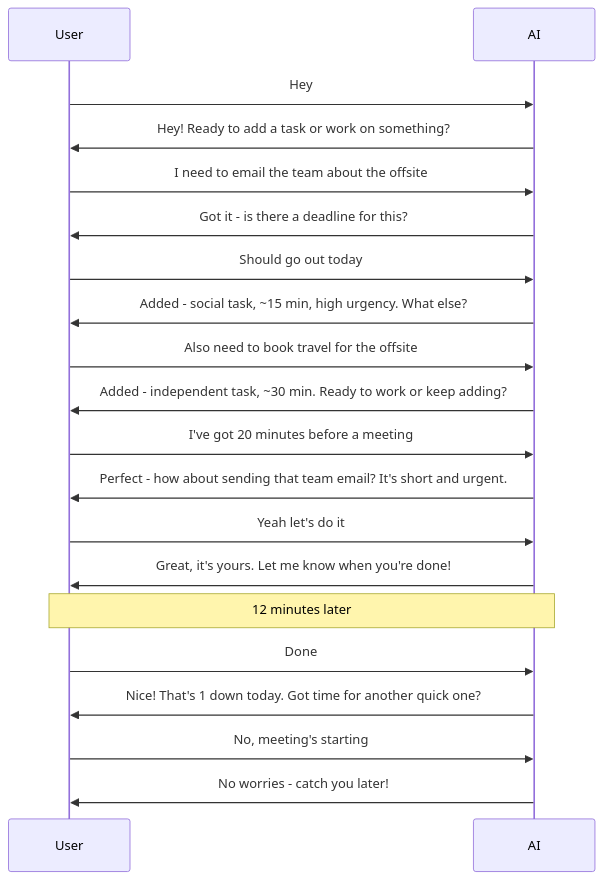
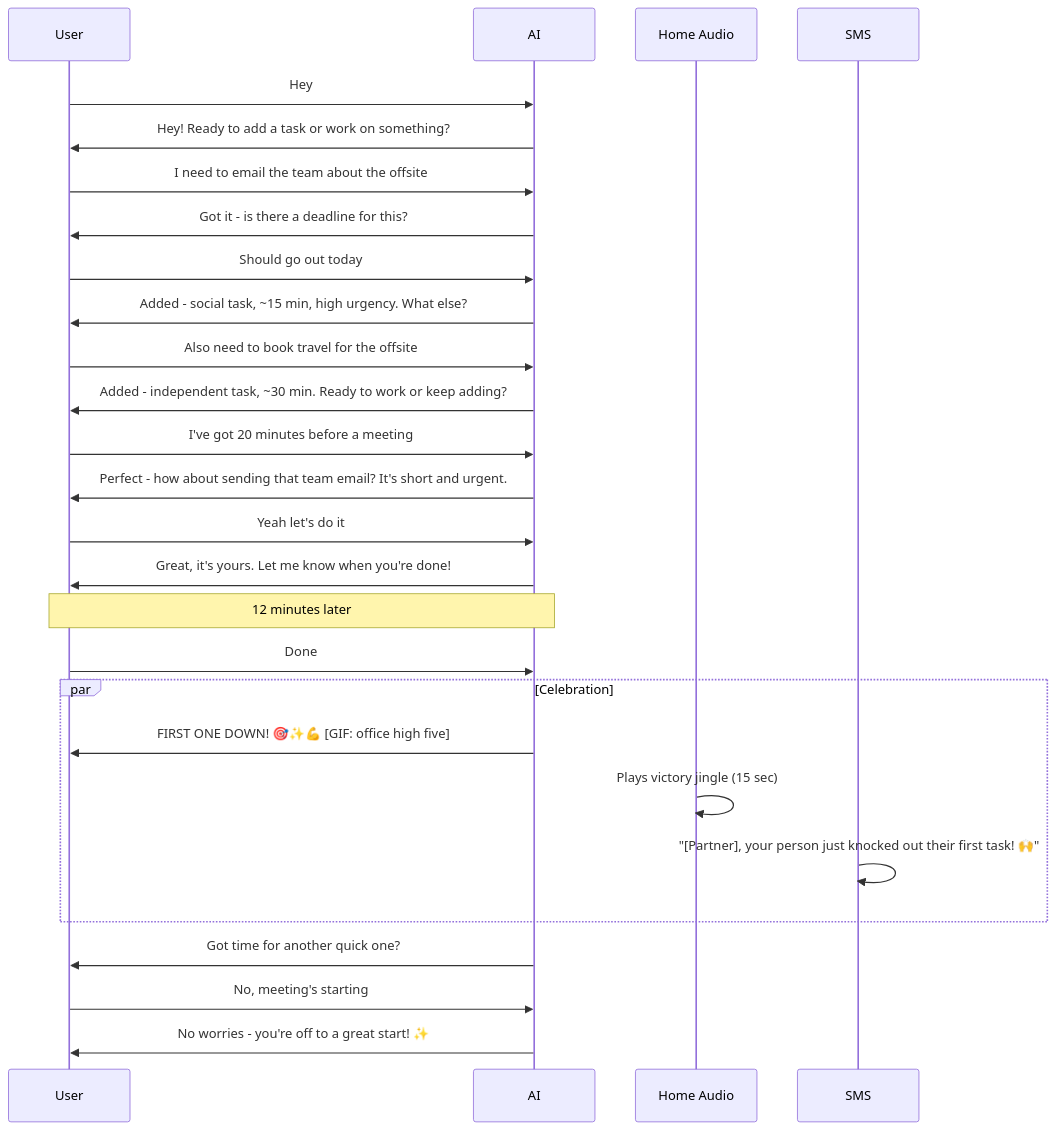
Diagram 21 of 21 in docs/user-interactions.md (NickBorgers/hide-my-list), drawn with Mermaid before and after one commit. The commit also changed other lines of this file and 3 other files, not shown here.

````diff
--- a/docs/user-interactions.md
+++ b/docs/user-interactions.md
@@ -478,28 +552,37 @@
 ```mermaid
 sequenceDiagram
     participant U as User
     participant AI as AI
+    participant HA as Home Audio
+    participant SMS as SMS
 
     U->>AI: Hey
     AI->>U: Hey! Ready to add a task or work on something?
 
     U->>AI: I need to email the team about the offsite
     AI->>U: Got it - is there a deadline for this?
     U->>AI: Should go out today
     AI->>U: Added - social task, ~15 min, high urgency. What else?
 
     U->>AI: Also need to book travel for the offsite
     AI->>U: Added - independent task, ~30 min. Ready to work or keep adding?
 
     U->>AI: I've got 20 minutes before a meeting
     AI->>U: Perfect - how about sending that team email? It's short and urgent.
     U->>AI: Yeah let's do it
     AI->>U: Great, it's yours. Let me know when you're done!
 
     Note over U,AI: 12 minutes later
 
     U->>AI: Done
-    AI->>U: Nice! That's 1 down today. Got time for another quick one?
+
+    par Celebration
+        AI->>U: FIRST ONE DOWN! 🎯✨💪 [GIF: office high five]
+        HA->>HA: Plays victory jingle (15 sec)
+        SMS->>SMS: "[Partner], your person just knocked out their first task! 🙌"
+    end
+
+    AI->>U: Got time for another quick one?
     U->>AI: No, meeting's starting
-    AI->>U: No worries - catch you later!
+    AI->>U: No worries - you're off to a great start! ✨
 ```
````
